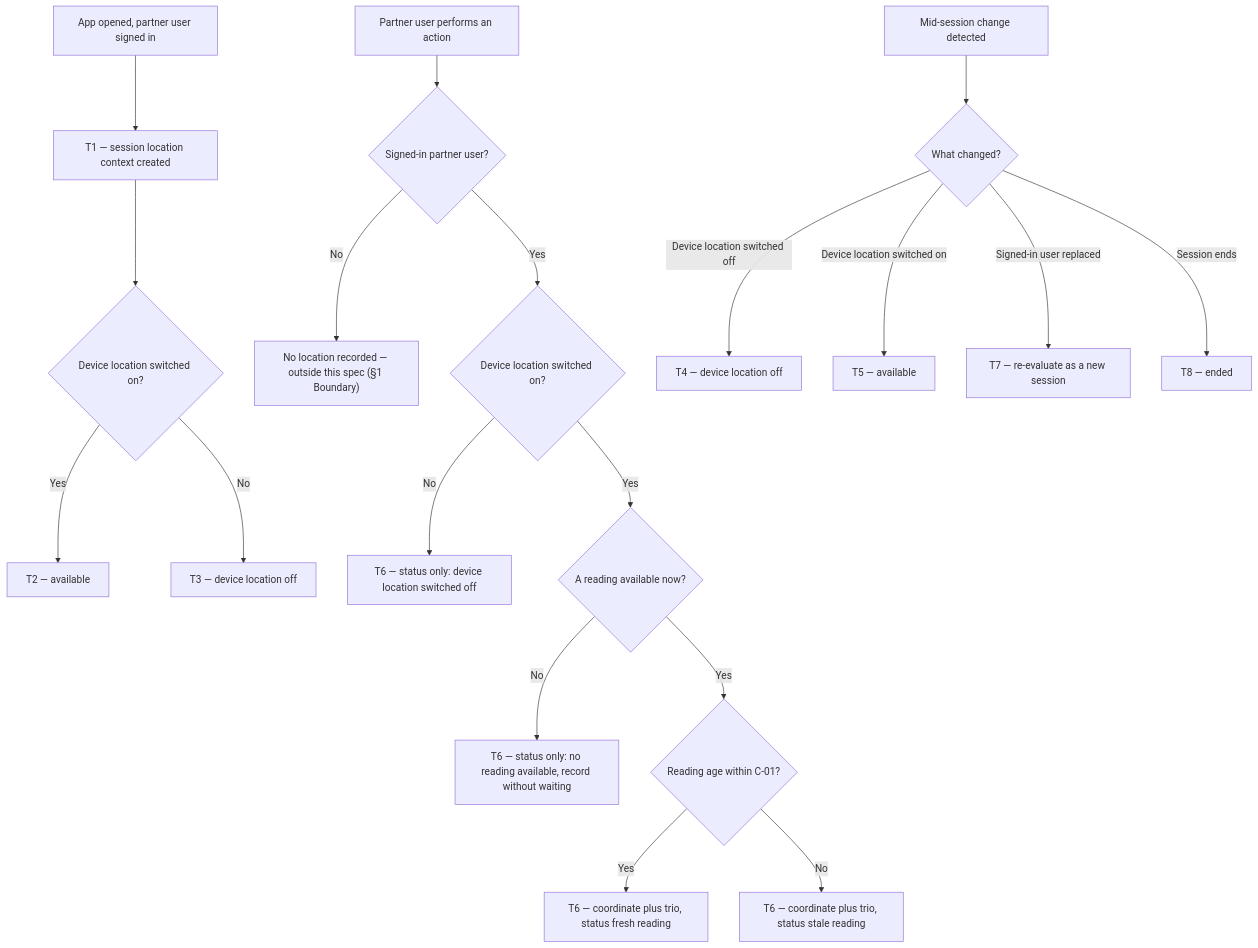
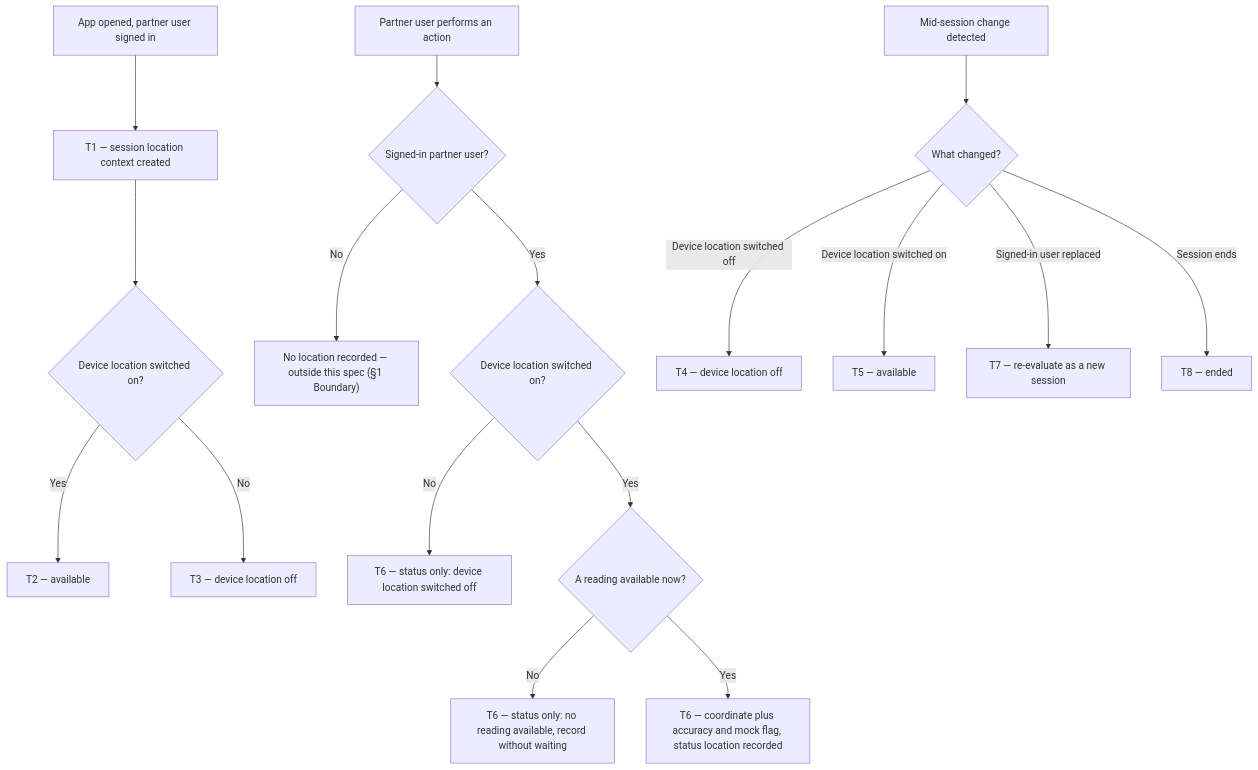
One commit to ashish-raj-wiom/partner-action-location changed the diagram in Partner_Action_Location_PRD.md. Above: the diagram before and after it, drawn with Mermaid. The commit also changed other lines of this file and 2 other files, not shown here.

First line of the commit message:
v0.7 — age removed, mock flag confirmed

````diff
--- a/Partner_Action_Location_PRD.md
+++ b/Partner_Action_Location_PRD.md
@@ -57,23 +57,21 @@
 ```mermaid
 flowchart TD
     A["App opened, partner user signed in"] --> B["T1 — session location context created"]
     B --> C{"Device location switched on?"}
     C -- "Yes" --> D["T2 — available"]
     C -- "No" --> E["T3 — device location off"]
 
     F["Partner user performs an action"] --> G{"Signed-in partner user?"}
     G -- "No" --> H["No location recorded — outside this spec (§1 Boundary)"]
     G -- "Yes" --> I{"Device location switched on?"}
     I -- "No" --> J["T6 — status only: device location switched off"]
     I -- "Yes" --> K{"A reading available now?"}
     K -- "No" --> L["T6 — status only: no reading available, record without waiting"]
-    K -- "Yes" --> M{"Reading age within C-01?"}
-    M -- "Yes" --> N["T6 — coordinate plus trio, status fresh reading"]
-    M -- "No" --> O["T6 — coordinate plus trio, status stale reading"]
+    K -- "Yes" --> M["T6 — coordinate plus accuracy and mock flag, status location recorded"]
 
-    P["Mid-session change detected"] --> Q{"What changed?"}
-    Q -- "Device location switched off" --> R["T4 — device location off"]
-    Q -- "Device location switched on" --> S["T5 — available"]
-    Q -- "Signed-in user replaced" --> T["T7 — re-evaluate as a new session"]
-    Q -- "Session ends" --> U["T8 — ended"]
+    N["Mid-session change detected"] --> O{"What changed?"}
+    O -- "Device location switched off" --> P["T4 — device location off"]
+    O -- "Device location switched on" --> Q["T5 — available"]
+    O -- "Signed-in user replaced" --> R["T7 — re-evaluate as a new session"]
+    O -- "Session ends" --> S["T8 — ended"]
 ```
````
